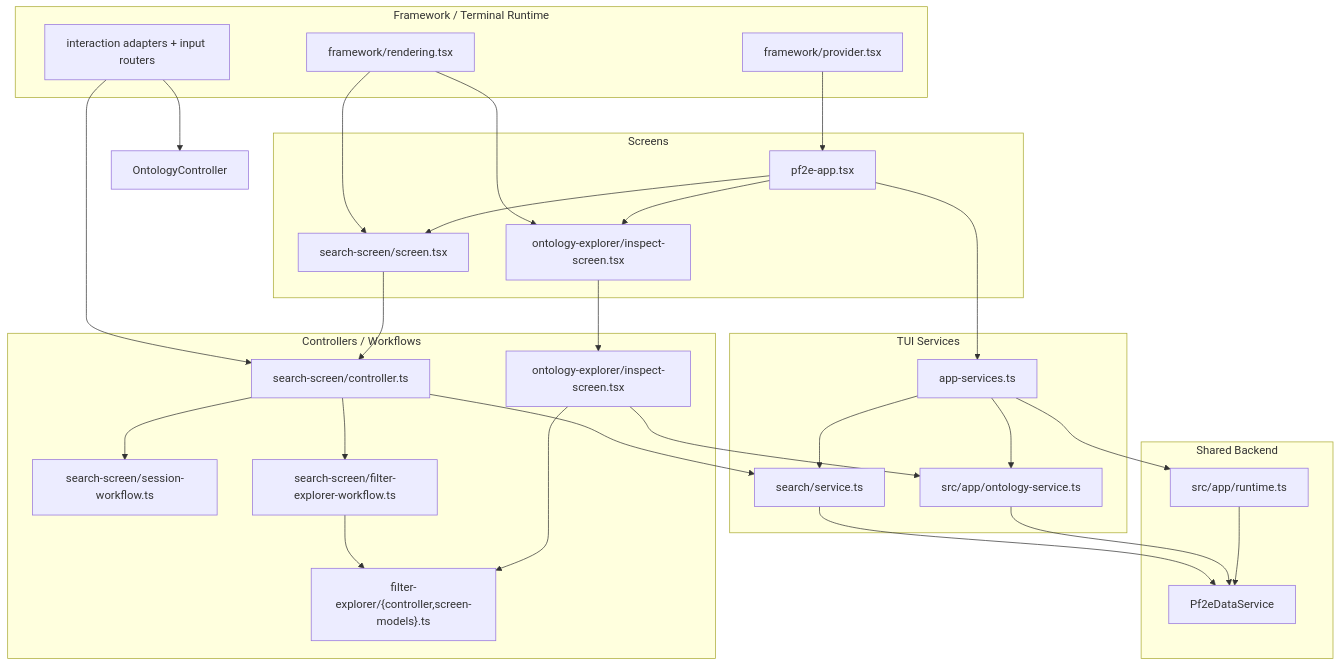
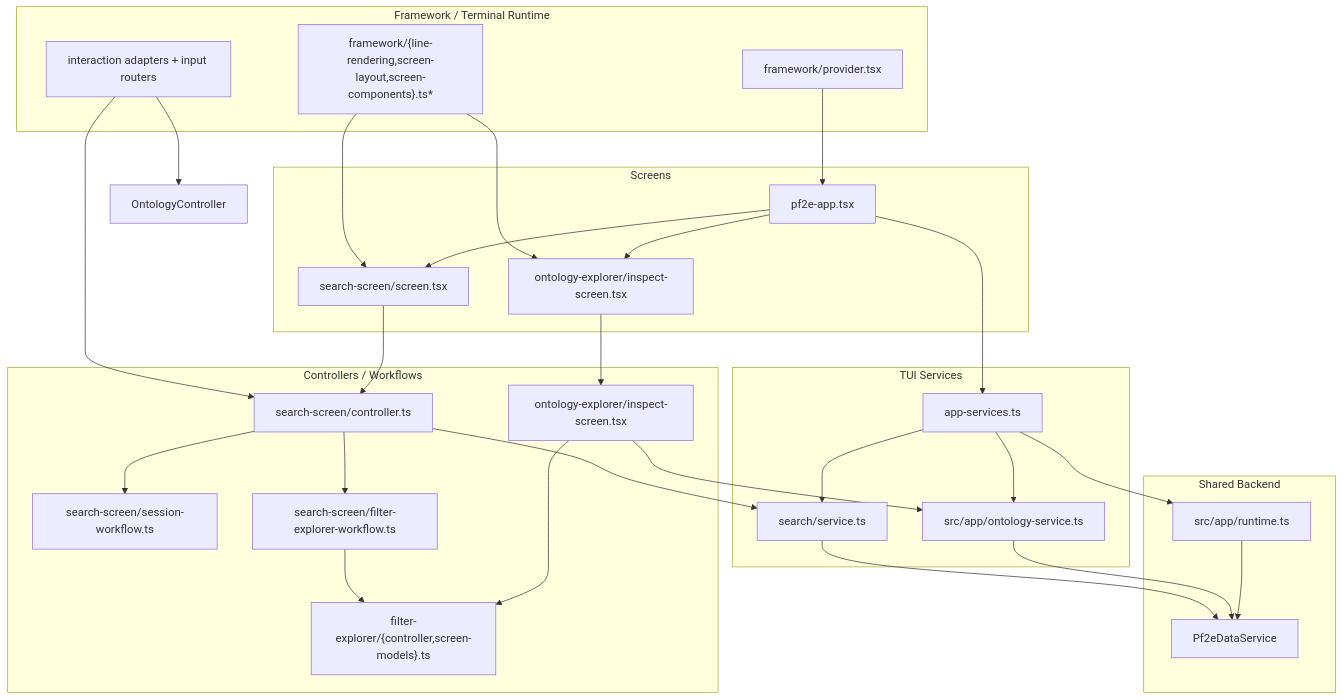
Before and after one commit to e-kosten/pf2e-atlas: the second of 2 diagrams in docs/architecture/tui.md, drawn with Mermaid. The commit also changed other lines of this file and 22 other files, not shown here.

First line of the commit message:
refactor(tui): split framework rendering and modal owners

````diff
--- a/docs/architecture/tui.md
+++ b/docs/architecture/tui.md
@@ -196,60 +201,60 @@
 ```mermaid
 flowchart TD
   subgraph Framework["Framework / Terminal Runtime"]
     Provider["`framework/provider.tsx`"]
-    Rendering["`framework/rendering.tsx`"]
+    Rendering["`framework/{line-rendering,screen-layout,screen-components}.ts*`"]
     Input["interaction adapters + input routers"]
   end
 
   subgraph Screens["Screens"]
     App["`pf2e-app.tsx`"]
     SearchScreen["`search-screen/screen.tsx`"]
     OntologyScreen["`ontology-explorer/inspect-screen.tsx`"]
   end
 
   subgraph Controllers["Controllers / Workflows"]
     SearchController["`search-screen/controller.ts`"]
     SearchWorkflow["`search-screen/session-workflow.ts`"]
     FilterExplorerWorkflow["`search-screen/filter-explorer-workflow.ts`"]
     FilterExplorer["`filter-explorer/{controller,screen-models}.ts`"]
     OntologyHost["`ontology-explorer/inspect-screen.tsx`"]
   end
 
   subgraph Services["TUI Services"]
     AppServices["`app-services.ts`"]
     SearchService["`search/service.ts`"]
     OntologyService["`src/app/ontology-service.ts`"]
   end
 
   subgraph Backend["Shared Backend"]
     Runtime["`src/app/runtime.ts`"]
     Data["`Pf2eDataService`"]
   end
 
   Provider --> App
   Rendering --> SearchScreen
   Rendering --> OntologyScreen
   Input --> SearchController
   Input --> OntologyController
 
   App --> SearchScreen
   App --> OntologyScreen
   App --> AppServices
 
   SearchScreen --> SearchController
   SearchController --> SearchWorkflow
   SearchController --> FilterExplorerWorkflow
   FilterExplorerWorkflow --> FilterExplorer
   SearchController --> SearchService
 
   OntologyScreen --> OntologyHost
   OntologyHost --> FilterExplorer
   OntologyHost --> OntologyService
 
   AppServices --> SearchService
   AppServices --> OntologyService
   AppServices --> Runtime
   SearchService --> Data
   OntologyService --> Data
   Runtime --> Data
 ```
````
